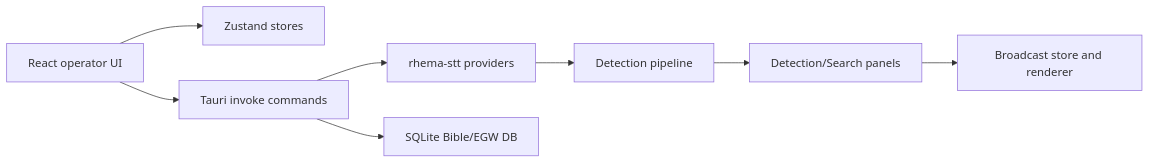
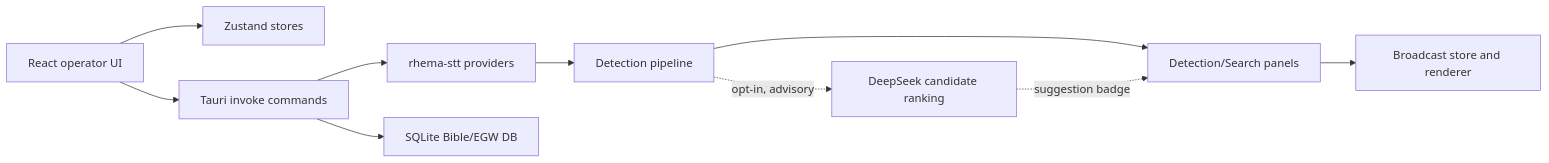
One commit to BongaNdlovu/SabbathCue changed the diagram in docs/CODEBASE.md. Above: the diagram before and after it, drawn with Mermaid. The commit also changed other lines of this file and 3 other files, not shown here.

First line of the commit message:
docs: document AI candidate ranking and correct stale provider/CSP claims

````diff
--- a/docs/CODEBASE.md
+++ b/docs/CODEBASE.md
@@ -31,10 +36,12 @@
 ```mermaid
 flowchart LR
     React[React operator UI] --> Stores[Zustand stores]
     React --> Tauri[Tauri invoke commands]
     Tauri --> STT[rhema-stt providers]
     Tauri --> DB[SQLite Bible/EGW DB]
     STT --> Detection[Detection pipeline]
     Detection --> Panels[Detection/Search panels]
+    Detection -. opt-in, advisory .-> Rank[DeepSeek candidate ranking]
+    Rank -. suggestion badge .-> Panels
     Panels --> Broadcast[Broadcast store and renderer]
 ```
````
